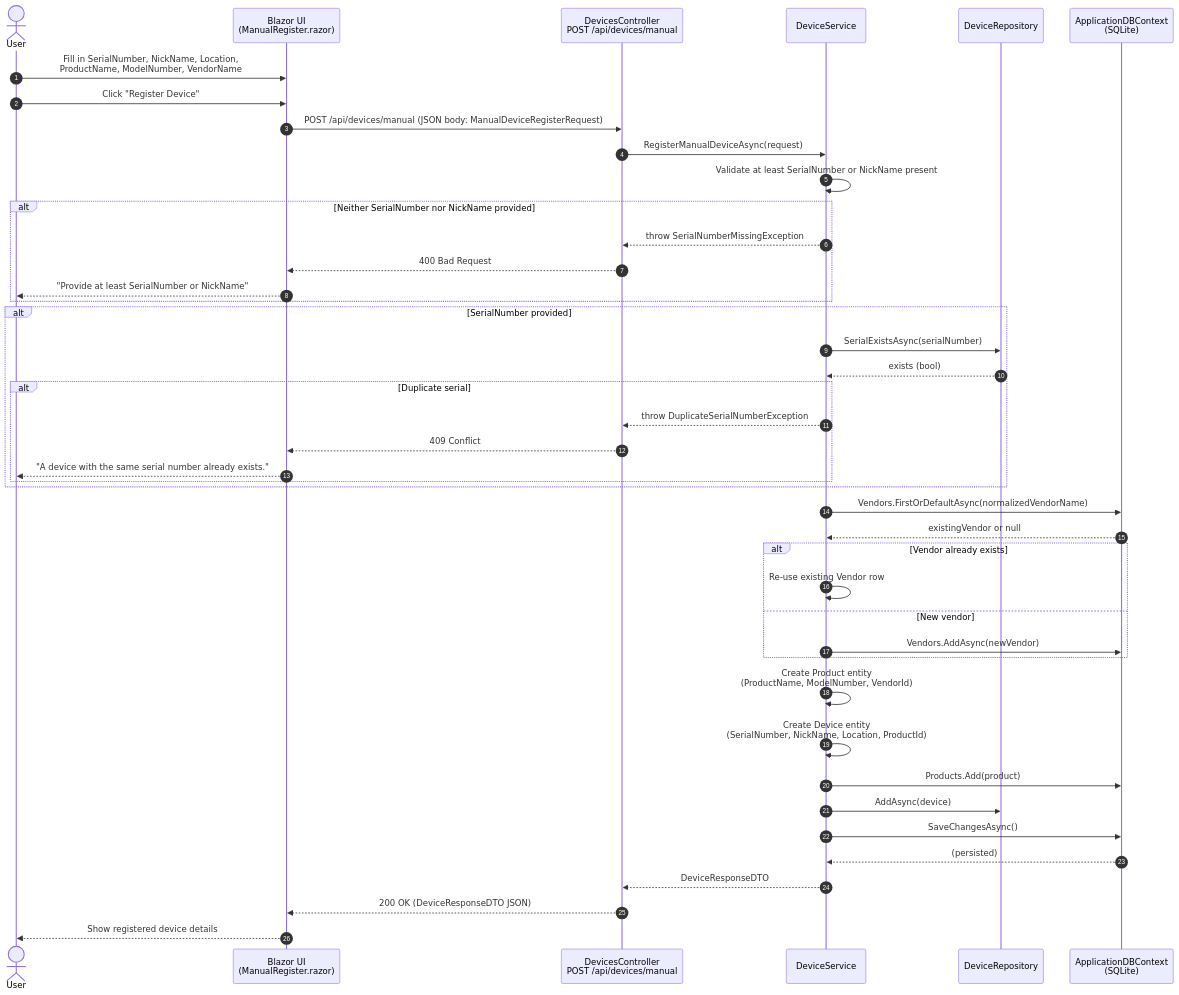
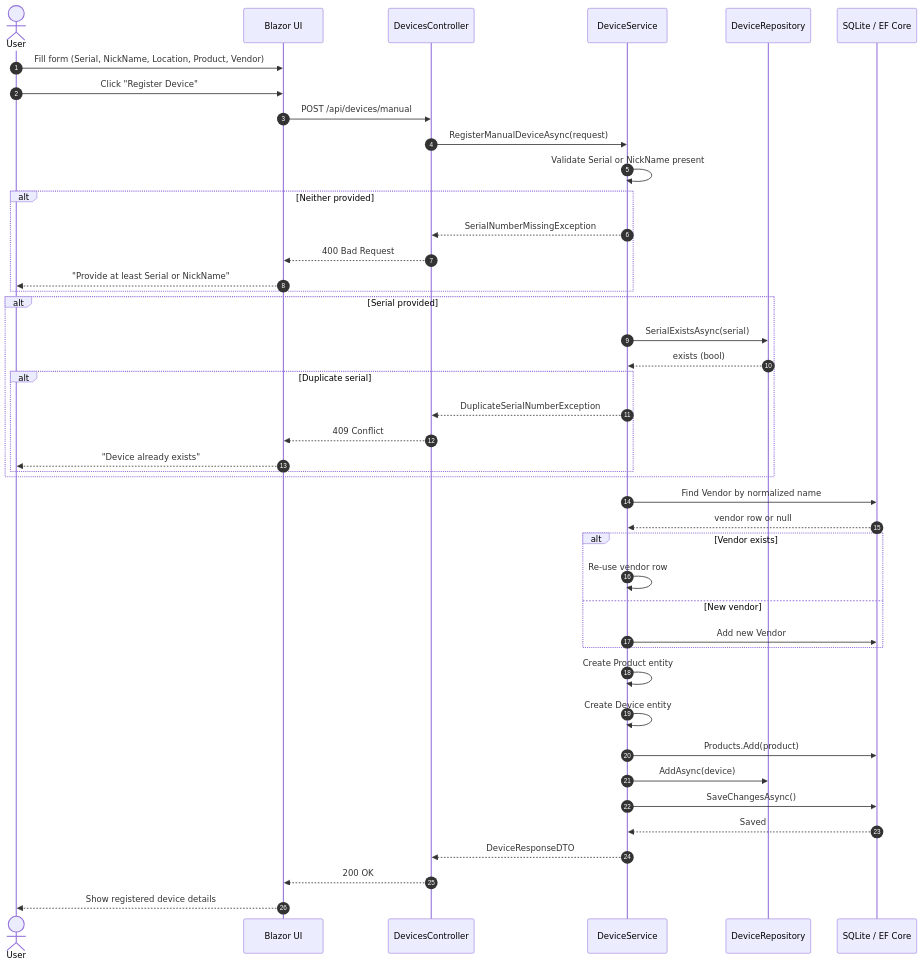
One commit to Denzel-Irizarry/HomeLabManager changed the diagram in docs/diagrams/sequence-manual-device-registration.md. Above: the diagram before and after it, drawn with Mermaid. The commit also changed 4 other files, not shown here.

First line of the commit message:
Improve readability of UML diagrams based on review feedback

````diff
--- a/docs/diagrams/sequence-manual-device-registration.md
+++ b/docs/diagrams/sequence-manual-device-registration.md
@@ -6,55 +6,55 @@
 ```mermaid
 sequenceDiagram
     autonumber
     actor User
-    participant WEBUI as Blazor UI<br/>(ManualRegister.razor)
-    participant API as DevicesController<br/>POST /api/devices/manual
-    participant DevSvc as DeviceService
-    participant DevRepo as DeviceRepository
-    participant DB as ApplicationDBContext<br/>(SQLite)
+    participant UI as Blazor UI
+    participant API as DevicesController
+    participant Svc as DeviceService
+    participant Repo as DeviceRepository
+    participant DB as SQLite / EF Core
 
-    User->>WEBUI: Fill in SerialNumber, NickName, Location,<br/>ProductName, ModelNumber, VendorName
-    User->>WEBUI: Click "Register Device"
+    User->>UI: Fill form (Serial, NickName, Location, Product, Vendor)
+    User->>UI: Click "Register Device"
 
-    WEBUI->>API: POST /api/devices/manual (JSON body: ManualDeviceRegisterRequest)
+    UI->>API: POST /api/devices/manual
 
-    API->>DevSvc: RegisterManualDeviceAsync(request)
+    API->>Svc: RegisterManualDeviceAsync(request)
 
-    DevSvc->>DevSvc: Validate at least SerialNumber or NickName present
-    alt Neither SerialNumber nor NickName provided
-        DevSvc-->>API: throw SerialNumberMissingException
-        API-->>WEBUI: 400 Bad Request
-        WEBUI-->>User: "Provide at least SerialNumber or NickName"
+    Svc->>Svc: Validate Serial or NickName present
+    alt Neither provided
+        Svc-->>API: SerialNumberMissingException
+        API-->>UI: 400 Bad Request
+        UI-->>User: "Provide at least Serial or NickName"
     end
 
-    alt SerialNumber provided
-        DevSvc->>DevRepo: SerialExistsAsync(serialNumber)
-        DevRepo-->>DevSvc: exists (bool)
+    alt Serial provided
+        Svc->>Repo: SerialExistsAsync(serial)
+        Repo-->>Svc: exists (bool)
         alt Duplicate serial
-            DevSvc-->>API: throw DuplicateSerialNumberException
-            API-->>WEBUI: 409 Conflict
-            WEBUI-->>User: "A device with the same serial number already exists."
+            Svc-->>API: DuplicateSerialNumberException
+            API-->>UI: 409 Conflict
+            UI-->>User: "Device already exists"
         end
     end
 
-    DevSvc->>DB: Vendors.FirstOrDefaultAsync(normalizedVendorName)
-    DB-->>DevSvc: existingVendor or null
+    Svc->>DB: Find Vendor by normalized name
+    DB-->>Svc: vendor row or null
 
-    alt Vendor already exists
-        DevSvc->>DevSvc: Re-use existing Vendor row
+    alt Vendor exists
+        Svc->>Svc: Re-use vendor row
     else New vendor
-        DevSvc->>DB: Vendors.AddAsync(newVendor)
+        Svc->>DB: Add new Vendor
     end
 
-    DevSvc->>DevSvc: Create Product entity<br/>(ProductName, ModelNumber, VendorId)
-    DevSvc->>DevSvc: Create Device entity<br/>(SerialNumber, NickName, Location, ProductId)
+    Svc->>Svc: Create Product entity
+    Svc->>Svc: Create Device entity
 
-    DevSvc->>DB: Products.Add(product)
-    DevSvc->>DevRepo: AddAsync(device)
-    DevSvc->>DB: SaveChangesAsync()
-    DB-->>DevSvc: (persisted)
+    Svc->>DB: Products.Add(product)
+    Svc->>Repo: AddAsync(device)
+    Svc->>DB: SaveChangesAsync()
+    DB-->>Svc: Saved
 
-    DevSvc-->>API: DeviceResponseDTO
-    API-->>WEBUI: 200 OK (DeviceResponseDTO JSON)
-    WEBUI-->>User: Show registered device details
+    Svc-->>API: DeviceResponseDTO
+    API-->>UI: 200 OK
+    UI-->>User: Show registered device details
 ```
````
